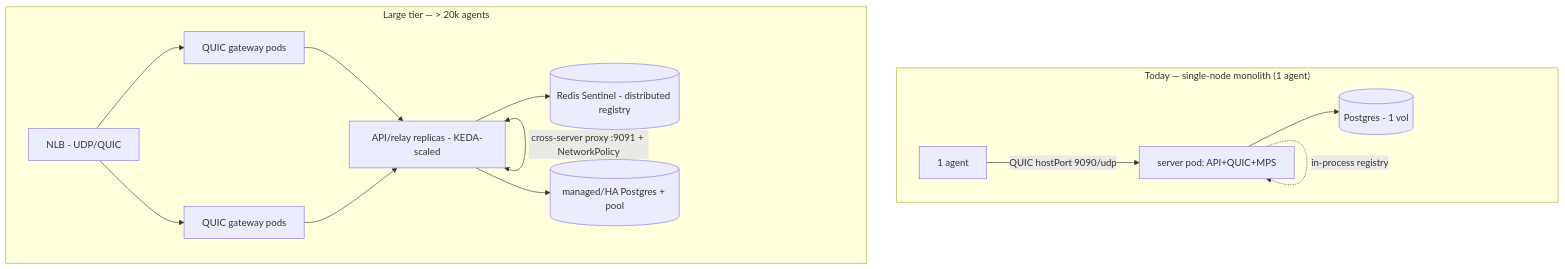
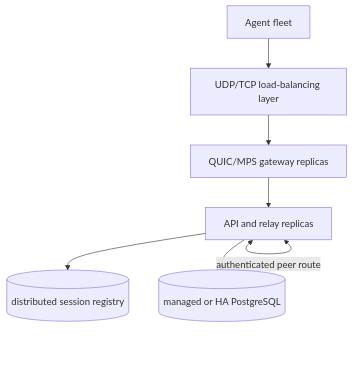
Before and after one commit to volchanskyi/opengate: the diagram in docs/Multiscale-Readiness.md, drawn with Mermaid. The commit also changed other lines of this file and 16 other files, not shown here.

````diff
--- a/docs/Multiscale-Readiness.md
+++ b/docs/Multiscale-Readiness.md
@@ -208,17 +115,9 @@
 ```mermaid
 flowchart TB
-  subgraph TODAY["Today — single-node monolith (1 agent)"]
-    A1[1 agent] -->|QUIC hostPort 9090/udp| N1[server pod: API+QUIC+MPS]
-    N1 --> PG1[(Postgres - 1 vol)]
-    N1 -.->|in-process registry| N1
-  end
-  subgraph TARGET["Large tier — > 20k agents"]
-    LB[NLB - UDP/QUIC] --> GW1[QUIC gateway pods]
-    LB --> GW2[QUIC gateway pods]
-    GW1 --> API[API/relay replicas - KEDA-scaled]
-    GW2 --> API
-    API <-->|cross-server proxy :9091 + NetworkPolicy| API
-    API --> REDIS[(Redis Sentinel - distributed registry)]
-    API --> PGM[(managed/HA Postgres + pool)]
-  end
+  AGENTS[Agent fleet] --> L4[UDP/TCP load-balancing layer]
+  L4 --> GW[QUIC/MPS gateway replicas]
+  GW --> RELAY[API and relay replicas]
+  RELAY <-->|authenticated peer route| RELAY
+  RELAY --> REG[(distributed session registry)]
+  RELAY --> PG[(managed or HA PostgreSQL)]
 ```
````
